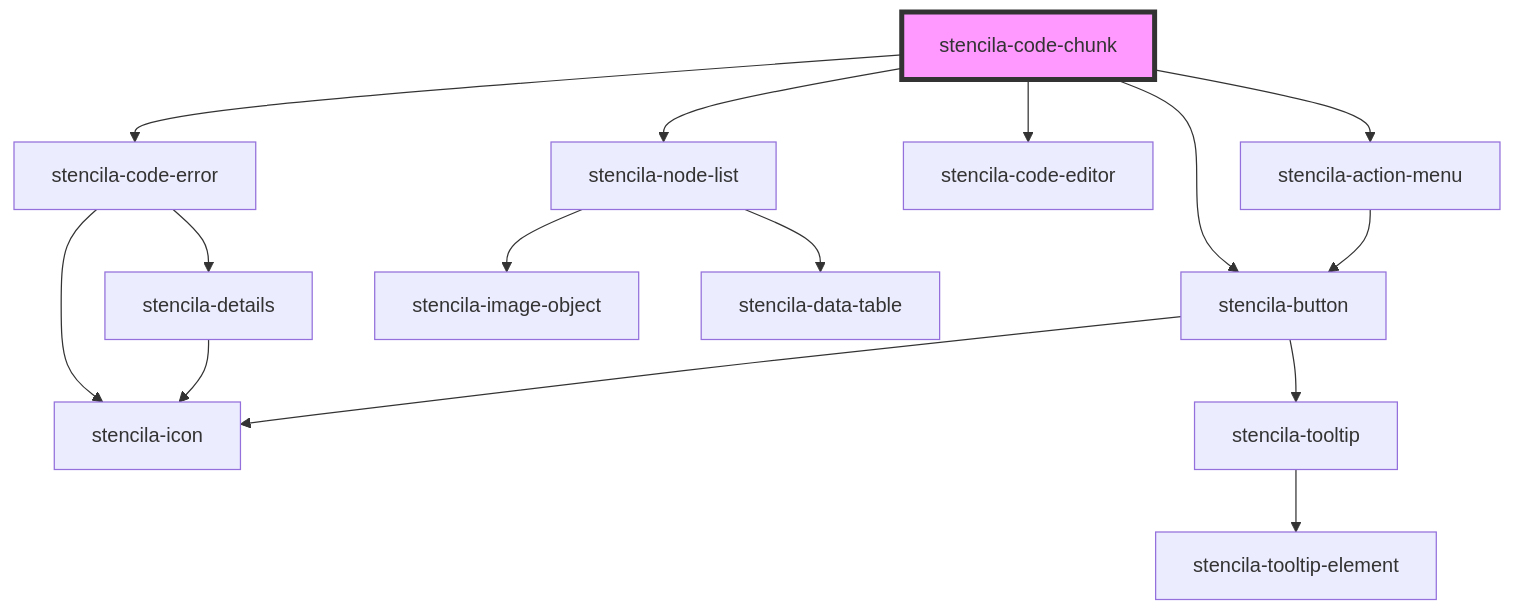
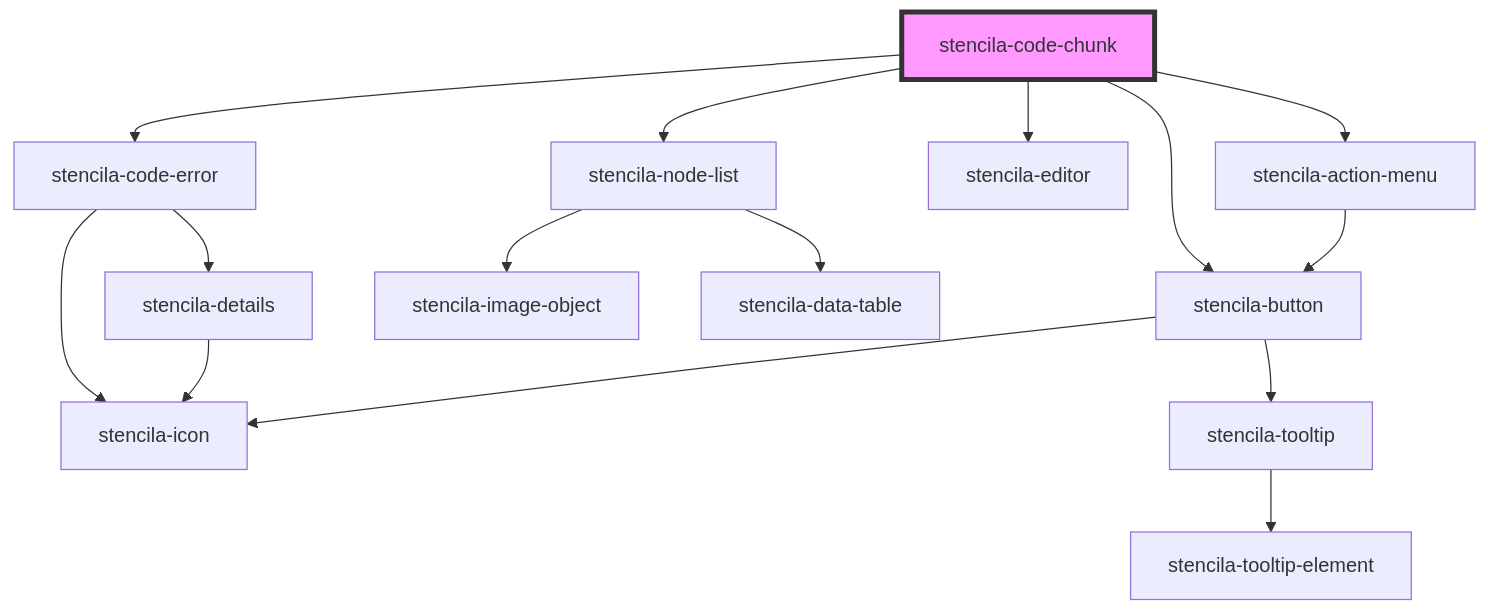
The diagram in packages/components/src/components/codeChunk/readme.md (stencila/designa), drawn with Mermaid before and after one commit. The commit also changed other lines of this file and 15 other files, not shown here.

Commit message:
refactor(CodeEditor): Generalize CodeEditor component for text editing

````diff
--- a/packages/components/src/components/codeChunk/readme.md
+++ b/packages/components/src/components/codeChunk/readme.md
@@ -46,18 +46,18 @@
 ```mermaid
 graph TD;
   stencila-code-chunk --> stencila-code-error
   stencila-code-chunk --> stencila-action-menu
   stencila-code-chunk --> stencila-button
-  stencila-code-chunk --> stencila-code-editor
+  stencila-code-chunk --> stencila-editor
   stencila-code-chunk --> stencila-node-list
   stencila-code-error --> stencila-icon
   stencila-code-error --> stencila-details
   stencila-details --> stencila-icon
   stencila-action-menu --> stencila-button
   stencila-button --> stencila-icon
   stencila-button --> stencila-tooltip
   stencila-tooltip --> stencila-tooltip-element
   stencila-node-list --> stencila-image-object
   stencila-node-list --> stencila-data-table
   style stencila-code-chunk fill:#f9f,stroke:#333,stroke-width:4px
 ```
````
